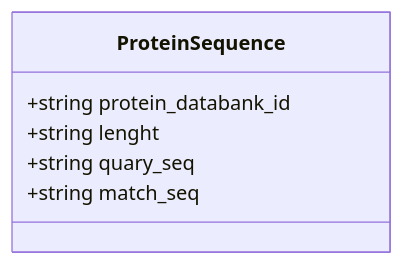
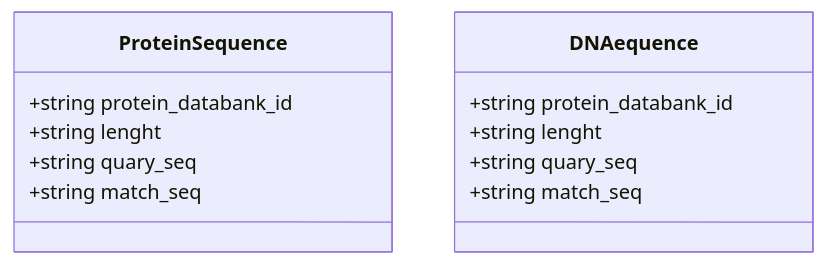
One commit to maxim945/Database-present changed the diagram in PyEEDpresentation/schemes/PyEED Data Model.md. Above: the diagram before and after it, drawn with Mermaid. The commit also changed 3 other files, not shown here.

````diff
--- a/PyEEDpresentation/schemes/PyEED Data Model.md
+++ b/PyEEDpresentation/schemes/PyEED Data Model.md
@@ -1,11 +1,18 @@
 ```mermaid
 classDiagram
     
     class ProteinSequence {
         +string protein_databank_id
         +string lenght
         +string quary_seq
         +string match_seq
     }
     
+    class DNAequence {
+        +string protein_databank_id
+        +string lenght
+        +string quary_seq
+        +string match_seq
+    }
+    
 ```
````
